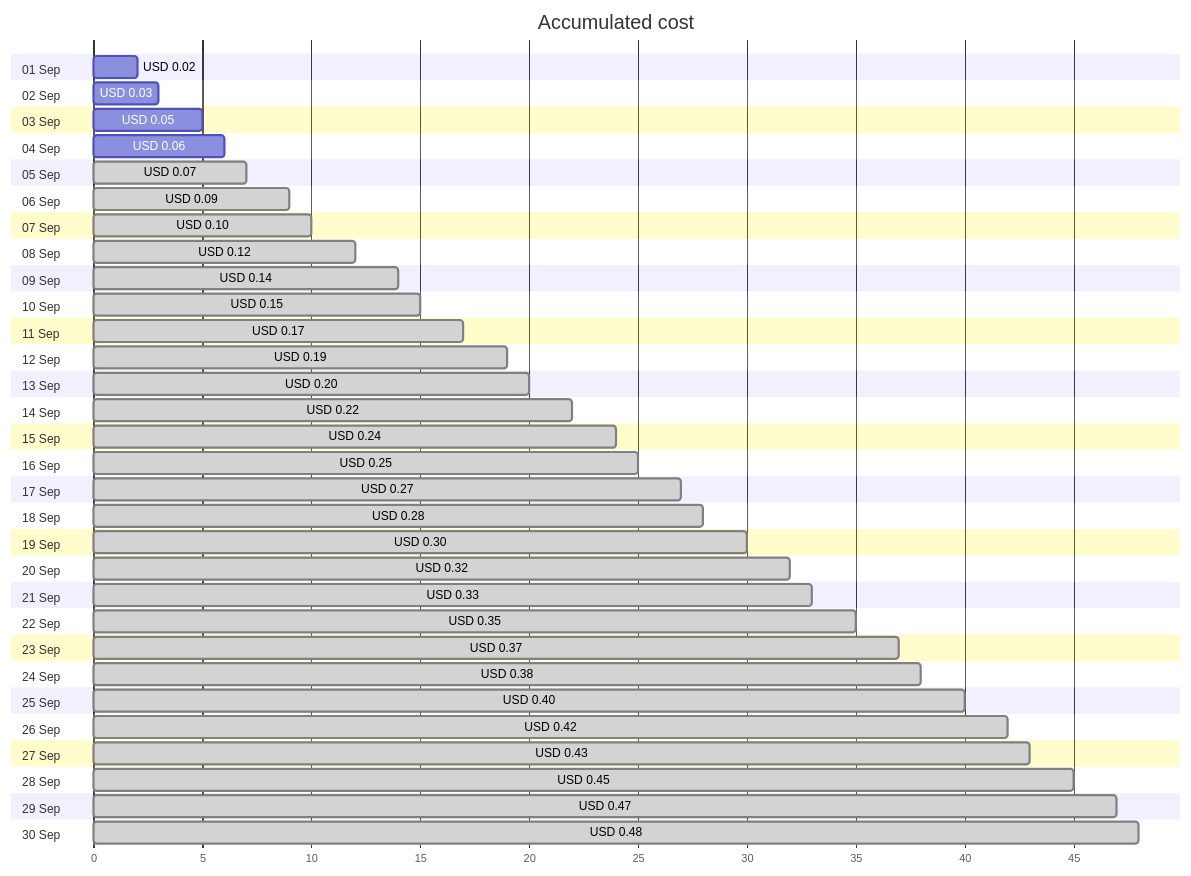
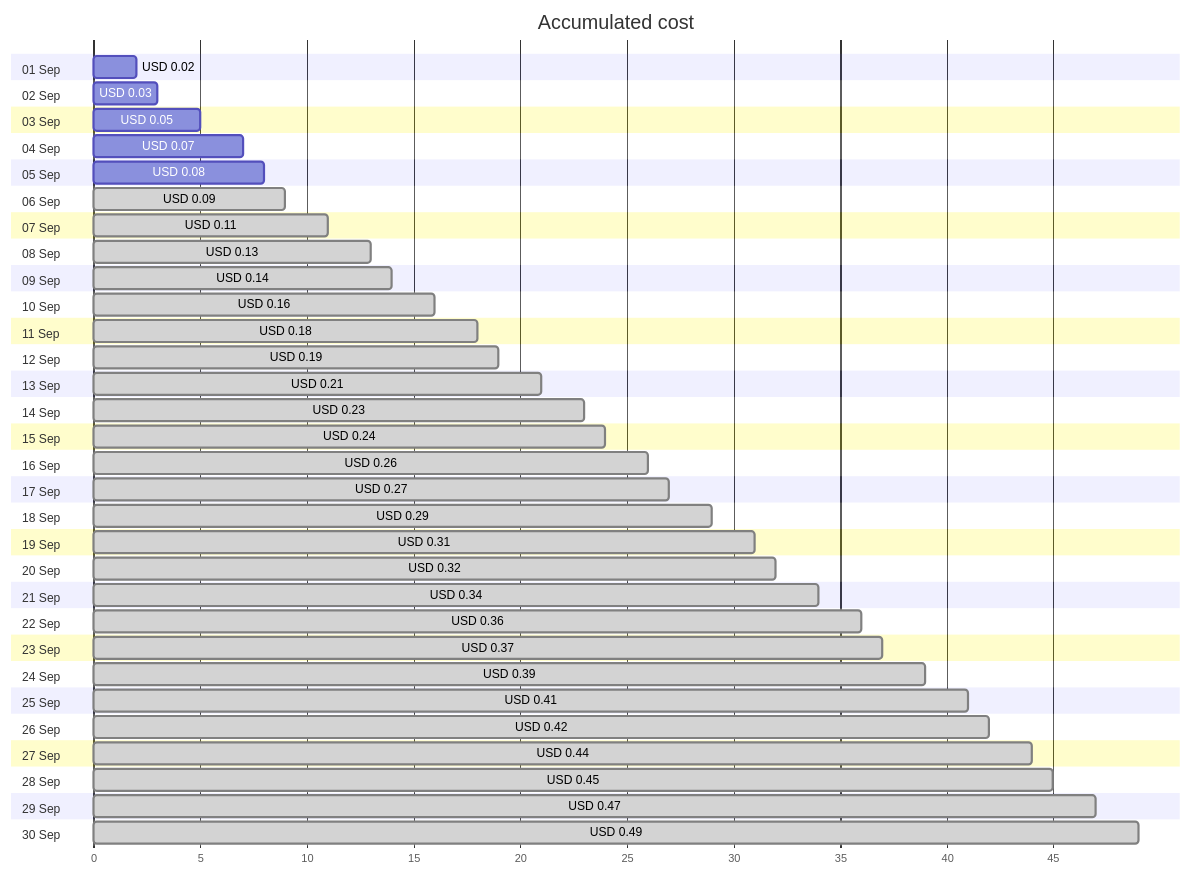
One commit to jpfulton/azure-personal-reports changed the first of 4 diagrams in cost-reports/personal-dns/jpatrickfulton.com.md. Above: the diagram before and after it, drawn with Mermaid. The commit also changed other lines of this file and 2 other files, not shown here.

Commit message:
Generated reports [skip ci]

````diff
--- a/cost-reports/personal-dns/jpatrickfulton.com.md
+++ b/cost-reports/personal-dns/jpatrickfulton.com.md
@@ -20,66 +20,66 @@
 ```mermaid
 gantt
    title Accumulated cost
    dateFormat  X
    axisFormat %s
    section 01 Sep
    USD 0.02 :0, 2
    section 02 Sep
    USD 0.03 :0, 3
    section 03 Sep
    USD 0.05 :0, 5
    section 04 Sep
-   USD 0.06 :0, 6
+   USD 0.07 :0, 7
    section 05 Sep
-   USD 0.07 : done, 0, 7
+   USD 0.08 :0, 8
    section 06 Sep
    USD 0.09 : done, 0, 9
    section 07 Sep
-   USD 0.10 : done, 0, 10
+   USD 0.11 : done, 0, 11
    section 08 Sep
-   USD 0.12 : done, 0, 12
+   USD 0.13 : done, 0, 13
    section 09 Sep
    USD 0.14 : done, 0, 14
    section 10 Sep
-   USD 0.15 : done, 0, 15
+   USD 0.16 : done, 0, 16
    section 11 Sep
-   USD 0.17 : done, 0, 17
+   USD 0.18 : done, 0, 18
    section 12 Sep
    USD 0.19 : done, 0, 19
    section 13 Sep
-   USD 0.20 : done, 0, 20
+   USD 0.21 : done, 0, 21
    section 14 Sep
-   USD 0.22 : done, 0, 22
+   USD 0.23 : done, 0, 23
    section 15 Sep
    USD 0.24 : done, 0, 24
    section 16 Sep
-   USD 0.25 : done, 0, 25
+   USD 0.26 : done, 0, 26
    section 17 Sep
    USD 0.27 : done, 0, 27
    section 18 Sep
-   USD 0.28 : done, 0, 28
+   USD 0.29 : done, 0, 29
    section 19 Sep
-   USD 0.30 : done, 0, 30
+   USD 0.31 : done, 0, 31
    section 20 Sep
    USD 0.32 : done, 0, 32
    section 21 Sep
-   USD 0.33 : done, 0, 33
+   USD 0.34 : done, 0, 34
    section 22 Sep
-   USD 0.35 : done, 0, 35
+   USD 0.36 : done, 0, 36
    section 23 Sep
    USD 0.37 : done, 0, 37
    section 24 Sep
-   USD 0.38 : done, 0, 38
+   USD 0.39 : done, 0, 39
    section 25 Sep
-   USD 0.40 : done, 0, 40
+   USD 0.41 : done, 0, 41
    section 26 Sep
    USD 0.42 : done, 0, 42
    section 27 Sep
-   USD 0.43 : done, 0, 43
+   USD 0.44 : done, 0, 44
    section 28 Sep
    USD 0.45 : done, 0, 45
    section 29 Sep
    USD 0.47 : done, 0, 47
    section 30 Sep
-   USD 0.48 : done, 0, 48
+   USD 0.49 : done, 0, 49
 ```
````
